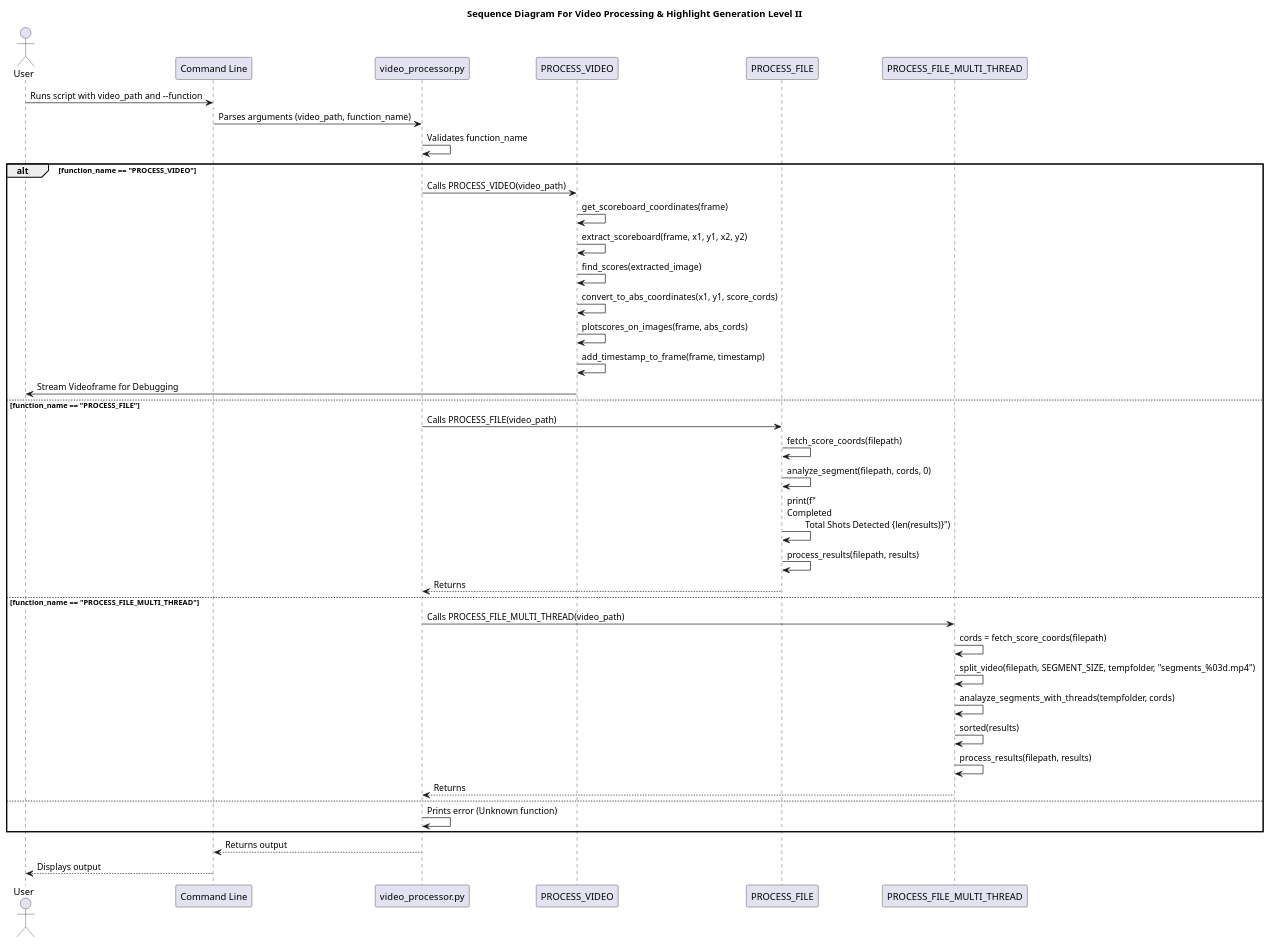
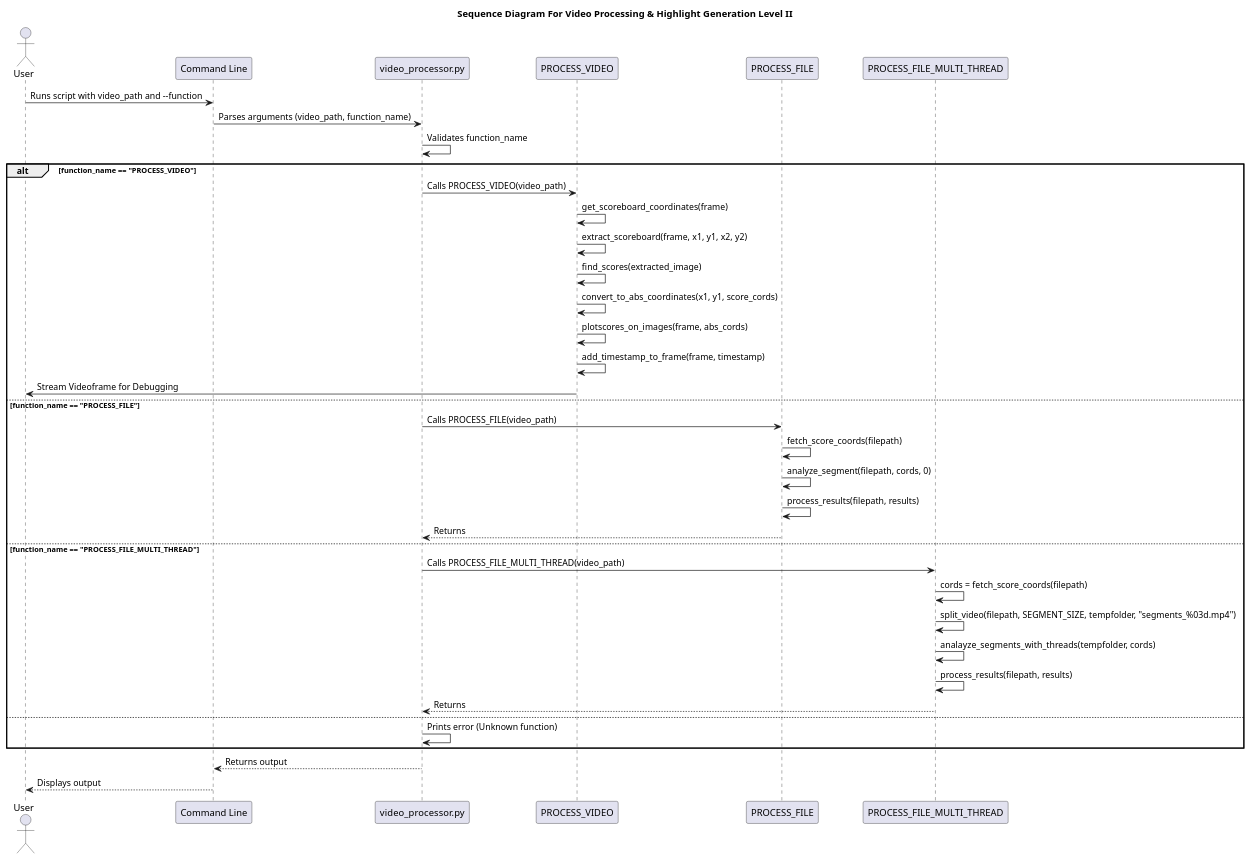
One commit to SawaabA/Clip_Genius changed the diagram in Docs/uml/SequenceOCR_level2.plantuml. Above: the diagram before and after it, drawn with PlantUML. The commit also changed 11 other files, not shown here.

```diff
--- a/Docs/uml/SequenceOCR_level2.plantuml
+++ b/Docs/uml/SequenceOCR_level2.plantuml
@@ -1,46 +1,43 @@
 @startuml CLIP_GENIUS_2
 title Sequence Diagram For Video Processing & Highlight Generation Level II
 
 actor User
 participant "Command Line" as CLI
 participant "video_processor.py" as Script
 participant "PROCESS_VIDEO" as PV
 participant "PROCESS_FILE" as PF
 participant "PROCESS_FILE_MULTI_THREAD" as PFT
 
 User -> CLI: Runs script with video_path and --function
 CLI -> Script: Parses arguments (video_path, function_name)
 Script -> Script: Validates function_name
 alt function_name == "PROCESS_VIDEO"
     Script -> PV: Calls PROCESS_VIDEO(video_path)
     PV->PV:get_scoreboard_coordinates(frame)
     PV->PV:extract_scoreboard(frame, x1, y1, x2, y2)
     PV->PV:find_scores(extracted_image)
     PV->PV:convert_to_abs_coordinates(x1, y1, score_cords)
     PV->PV:plotscores_on_images(frame, abs_cords)
     PV->PV:add_timestamp_to_frame(frame, timestamp)
     PV -> User: Stream Videoframe for Debugging
     
 else function_name == "PROCESS_FILE"
     Script -> PF: Calls PROCESS_FILE(video_path)
     PF->PF:fetch_score_coords(filepath)
     PF->PF:analyze_segment(filepath, cords, 0)
-    PF->PF:print(f"\nCompleted\n\tTotal Shots Detected {len(results)}")
     PF->PF:process_results(filepath, results)
     PF --> Script: Returns
 else function_name == "PROCESS_FILE_MULTI_THREAD"
     Script -> PFT: Calls PROCESS_FILE_MULTI_THREAD(video_path)
-
     PFT->PFT:cords = fetch_score_coords(filepath)
     PFT->PFT: split_video(filepath, SEGMENT_SIZE, tempfolder, "segments_%03d.mp4")
     PFT->PFT:analayze_segments_with_threads(tempfolder, cords)
-    PFT->PFT:sorted(results)
     PFT->PFT:process_results(filepath, results)
     PFT --> Script: Returns
 else
     Script -> Script: Prints error (Unknown function)
 end
 Script --> CLI: Returns output
 CLI --> User: Displays output
 
 @enduml
```
